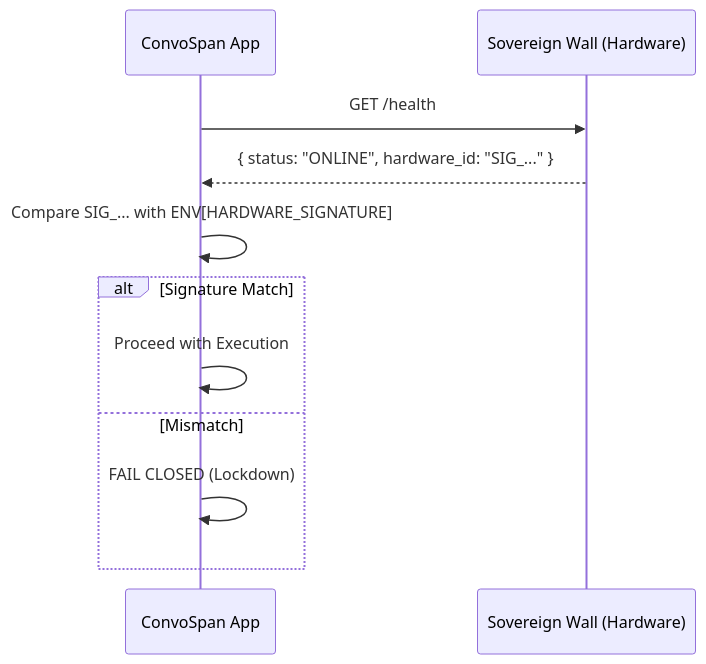
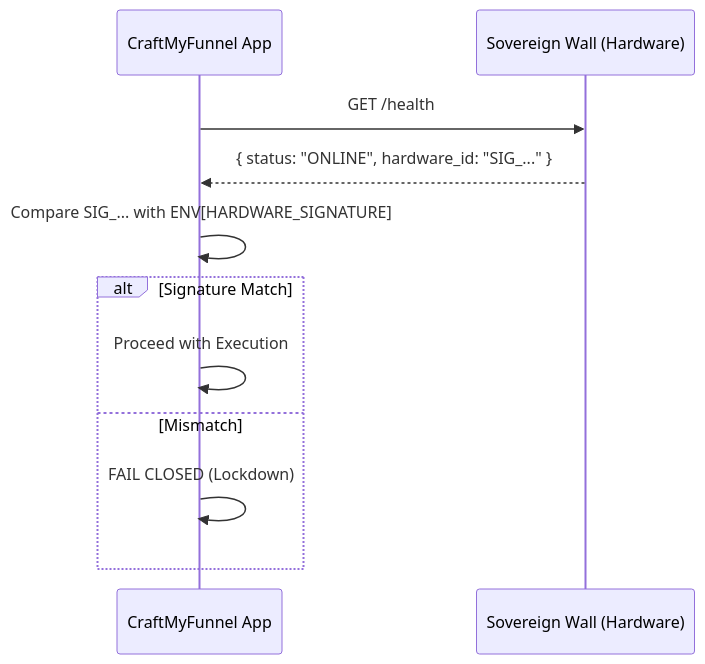
Before and after one commit to Convospanai-outreach/fullstack: the diagram in docs/SOVEREIGN_WALL_INTEGRATION.md, drawn with Mermaid. The commit also changed other lines of this file and 104 other files, not shown here.

Commit message:
chore: comprehensive replacement of ConvoSpan to CraftMyFunnel across full monorepo

````diff
--- a/docs/SOVEREIGN_WALL_INTEGRATION.md
+++ b/docs/SOVEREIGN_WALL_INTEGRATION.md
@@ -49,14 +49,14 @@
 ```mermaid
 sequenceDiagram
-    participant App as ConvoSpan App
+    participant App as CraftMyFunnel App
     participant Edge as Sovereign Wall (Hardware)
     
     App->>Edge: GET /health
     Edge-->>App: { status: "ONLINE", hardware_id: "SIG_..." }
     App->>App: Compare SIG_... with ENV[HARDWARE_SIGNATURE]
     alt Signature Match
         App->>App: Proceed with Execution
     else Mismatch
         App->>App: FAIL CLOSED (Lockdown)
     end
 ```
````
